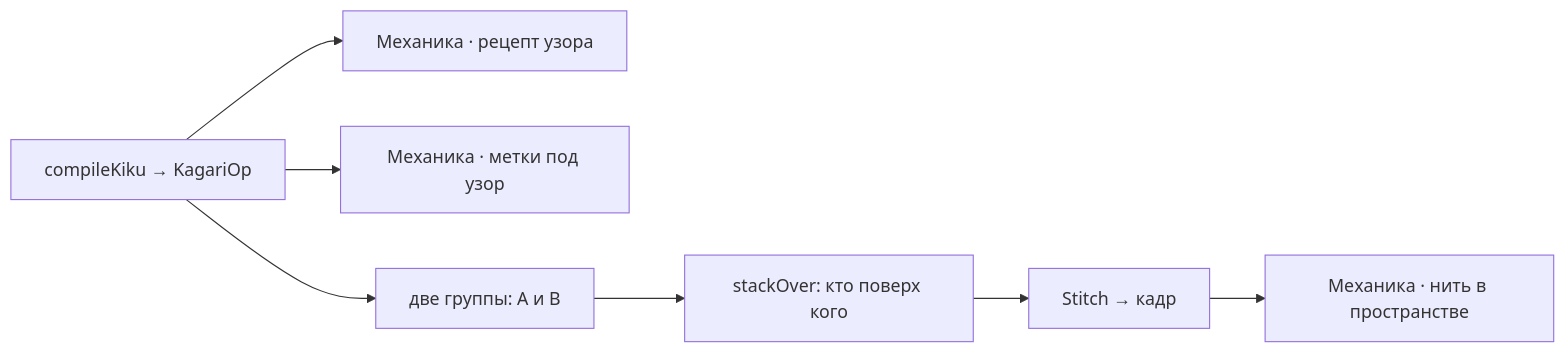
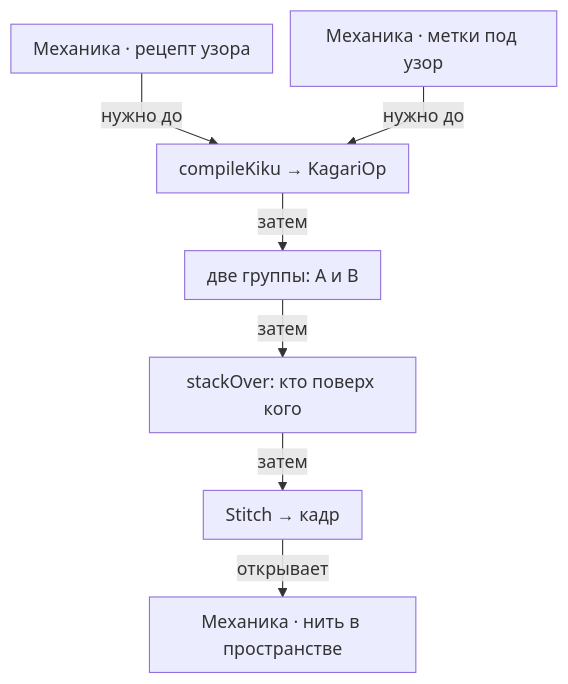
One commit to newYurk/temari changed the diagram in Temari-Obsidian/01 Механики/Механика · укладка стежка.md. Above: the diagram before and after it, drawn with Mermaid. The commit also changed other lines of this file and 61 other files, not shown here.

Commit message:
fix(vault): show readable craft relationships and distinct graph nodes

````diff
--- a/Temari-Obsidian/01 Механики/Механика · укладка стежка.md
+++ b/Temari-Obsidian/01 Механики/Механика · укладка стежка.md
@@ -22,17 +23,18 @@
 ```mermaid
-flowchart LR
+%%{init: {"flowchart":{"nodeSpacing":16,"rankSpacing":28,"curve":"linear","padding":10},"themeVariables":{"fontSize":"16px"}}}%%
+flowchart TB
   IN0["Механика · рецепт узора"]
   IN1["Механика · метки под узор"]
   S0["compileKiku → KagariOp"]
   S1["две группы: A и B"]
   S2["stackOver: кто поверх кого"]
   S3["Stitch → кадр"]
   OUT0["Механика · нить в пространстве"]
-  S0 --> IN0
-  S0 --> IN1
-  S0 --> S1
-  S1 --> S2
-  S2 --> S3
-  S3 --> OUT0
+  IN0 -->|нужно до| S0
+  IN1 -->|нужно до| S0
+  S0 -->|затем| S1
+  S1 -->|затем| S2
+  S2 -->|затем| S3
+  S3 -->|открывает| OUT0
   class IN0,IN1,OUT0 internal-link;
 ```
````
